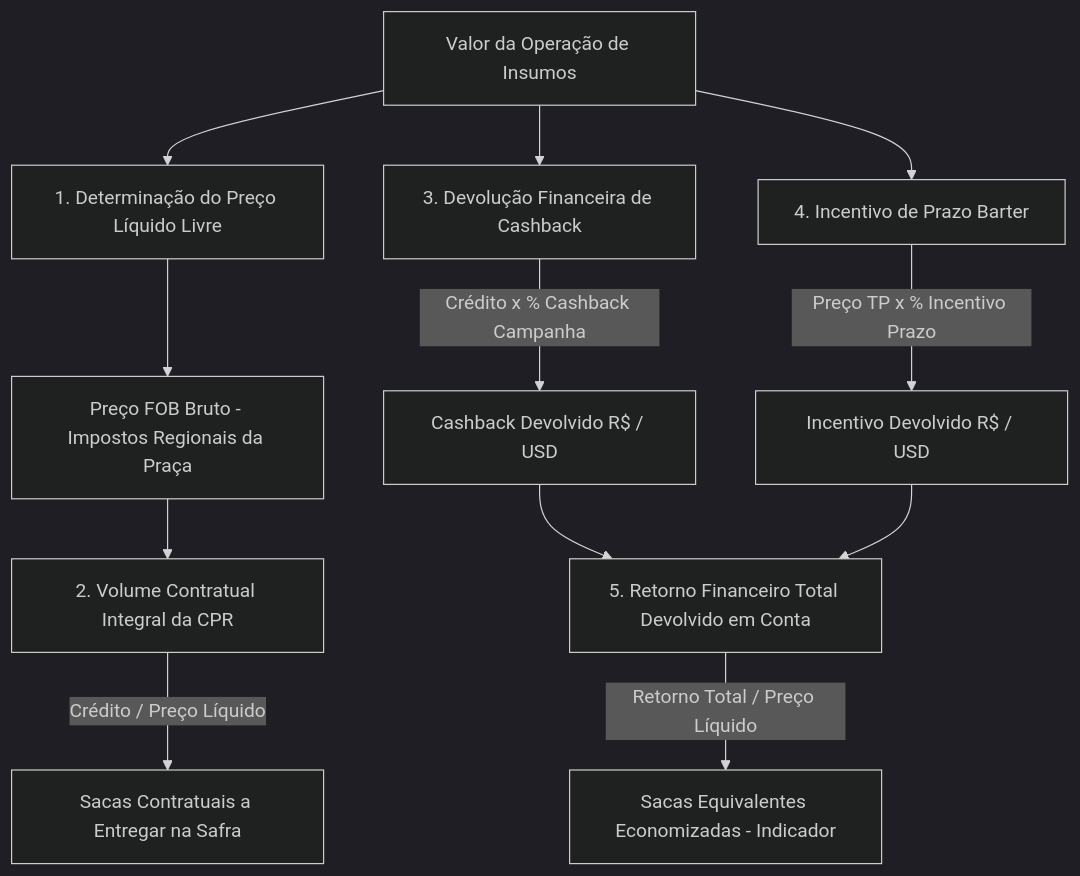
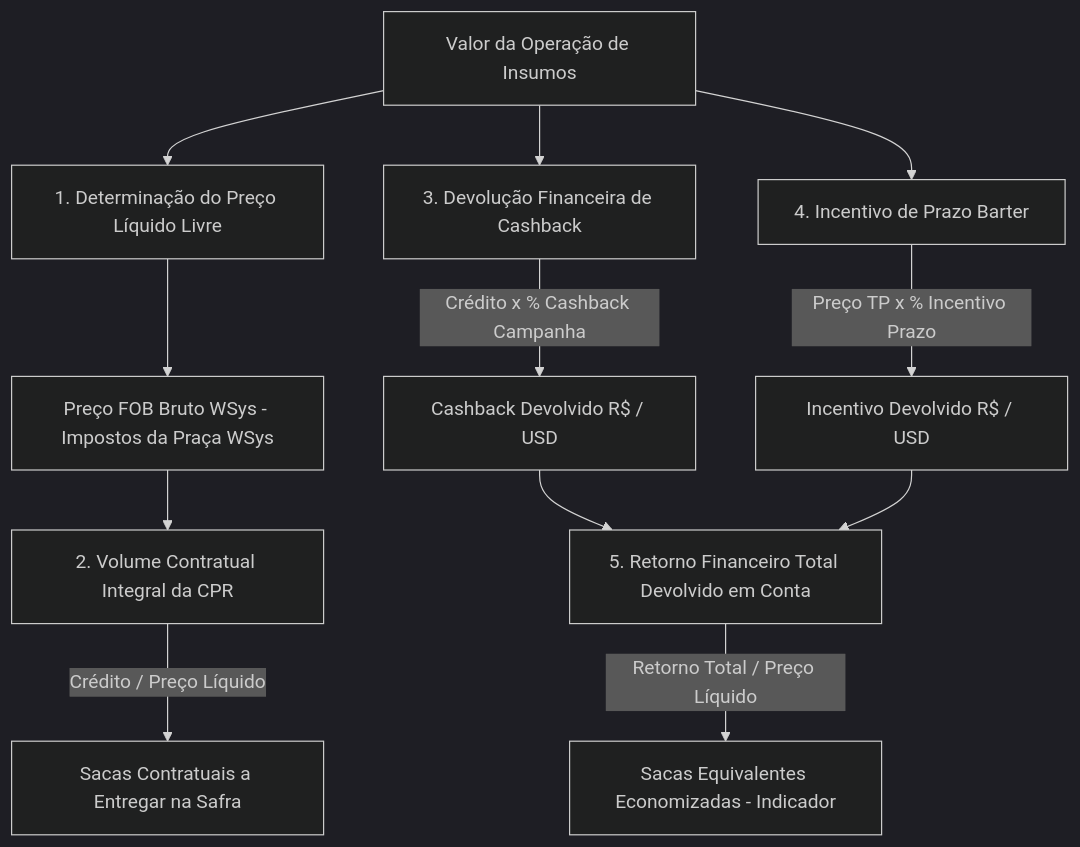
Before and after one commit to josuejofre/barter-simulator: the first of 2 diagrams in PRD_SYDE-31_Simulador_Taxas_Barter_v1.0.md, drawn with Mermaid (dark theme). The commit also changed other lines of this file and 1 other file, not shown here.

Commit message:
docs(prd): refina PRD_SYDE-31 com foco em Barter Nutrade, dados WSys e simplificacao de escopo

````diff
--- a/PRD_SYDE-31_Simulador_Taxas_Barter_v1.0.md
+++ b/PRD_SYDE-31_Simulador_Taxas_Barter_v1.0.md
@@ -108,16 +104,16 @@
 ```mermaid
 graph TD
     A[Valor da Operação de Insumos] --> B[1. Determinação do Preço Líquido Livre]
-    B --> C[Preço FOB Bruto - Impostos Regionais da Praça]
+    B --> C[Preço FOB Bruto WSys - Impostos da Praça WSys]
     C --> D[2. Volume Contratual Integral da CPR]
     D -->|Crédito / Preço Líquido| E[Sacas Contratuais a Entregar na Safra]
     
     A --> F[3. Devolução Financeira de Cashback]
     F -->|Crédito x % Cashback Campanha| G[Cashback Devolvido R$ / USD]
     
     A --> H[4. Incentivo de Prazo Barter]
     H -->|Preço TP x % Incentivo Prazo| I[Incentivo Devolvido R$ / USD]
     
     G & I --> J[5. Retorno Financeiro Total Devolvido em Conta]
     J -->|Retorno Total / Preço Líquido| K[Sacas Equivalentes Economizadas - Indicador]
 ```
````
